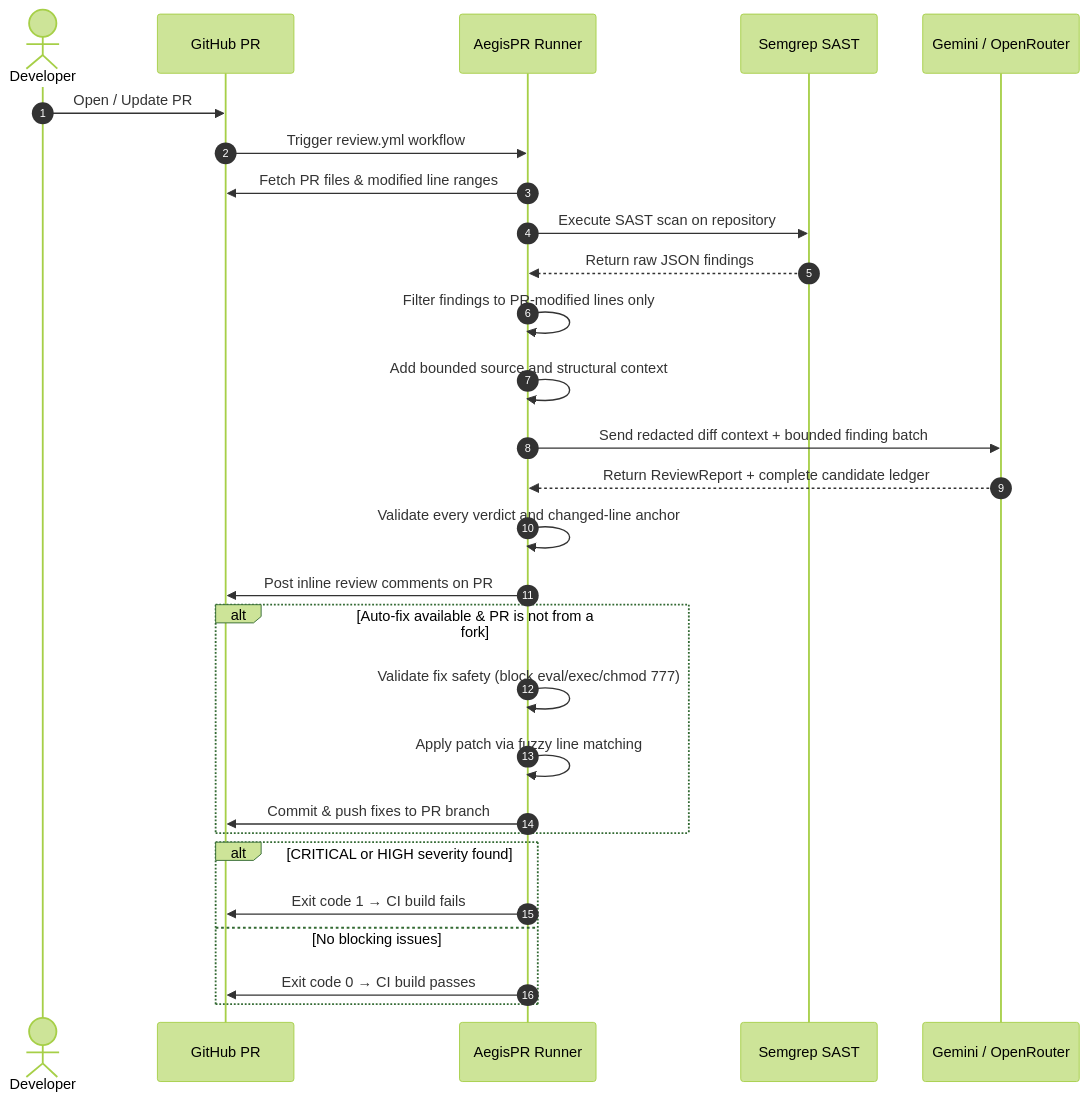
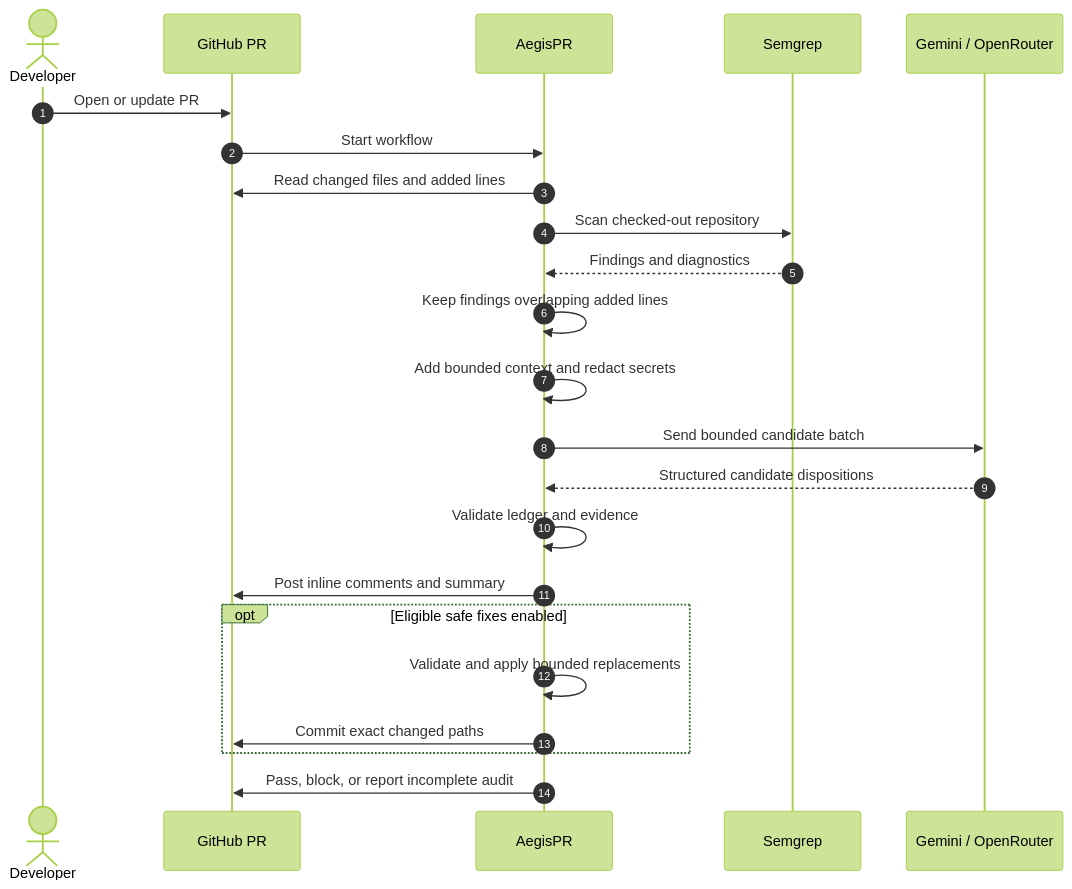
Before and after one commit to AlaeddinSrour/AegisPR: the diagram in README.md, drawn with Mermaid (forest theme). The commit also changed other lines of this file, not shown here.

Commit message:
Align README with AegisPR capabilities

````diff
--- a/README.md
+++ b/README.md
@@ -77,31 +54,26 @@
 ```mermaid
 sequenceDiagram
     autonumber
     actor Developer
     participant GH as GitHub PR
-    participant Runner as AegisPR Runner
-    participant Semgrep as Semgrep SAST
+    participant Action as AegisPR
+    participant Semgrep
     participant AI as Gemini / OpenRouter
 
-    Developer->>GH: Open / Update PR
-    GH->>Runner: Trigger review.yml workflow
-    Runner->>GH: Fetch PR files & modified line ranges
-    Runner->>Semgrep: Execute SAST scan on repository
-    Semgrep-->>Runner: Return raw JSON findings
-    Runner->>Runner: Filter findings to PR-modified lines only
-    Runner->>Runner: Add bounded source and structural context
-    Runner->>AI: Send redacted diff context + bounded finding batch
-    AI-->>Runner: Return ReviewReport + complete candidate ledger
-    Runner->>Runner: Validate every verdict and changed-line anchor
-    Runner->>GH: Post inline review comments on PR
-    alt Auto-fix available & PR is not from a fork
-        Runner->>Runner: Validate fix safety (block eval/exec/chmod 777)
-        Runner->>Runner: Apply patch via fuzzy line matching
-        Runner->>GH: Commit & push fixes to PR branch
+    Developer->>GH: Open or update PR
+    GH->>Action: Start workflow
+    Action->>GH: Read changed files and added lines
+    Action->>Semgrep: Scan checked-out repository
+    Semgrep-->>Action: Findings and diagnostics
+    Action->>Action: Keep findings overlapping added lines
+    Action->>Action: Add bounded context and redact secrets
+    Action->>AI: Send bounded candidate batch
+    AI-->>Action: Structured candidate dispositions
+    Action->>Action: Validate ledger and evidence
+    Action->>GH: Post inline comments and summary
+    opt Eligible safe fixes enabled
+        Action->>Action: Validate and apply bounded replacements
+        Action->>GH: Commit exact changed paths
     end
-    alt CRITICAL or HIGH severity found
-        Runner->>GH: Exit code 1 → CI build fails
-    else No blocking issues
-        Runner->>GH: Exit code 0 → CI build passes
-    end
+    Action->>GH: Pass, block, or report incomplete audit
 ```
````
